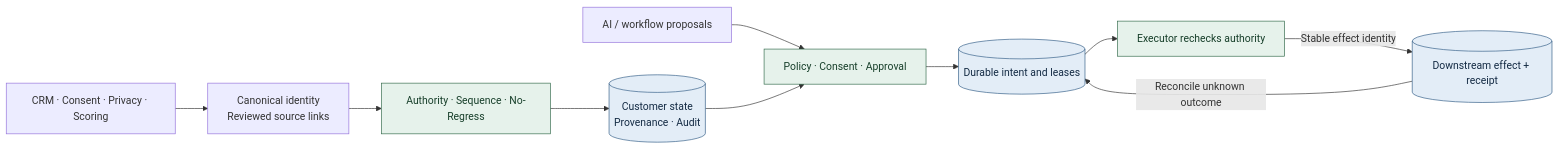
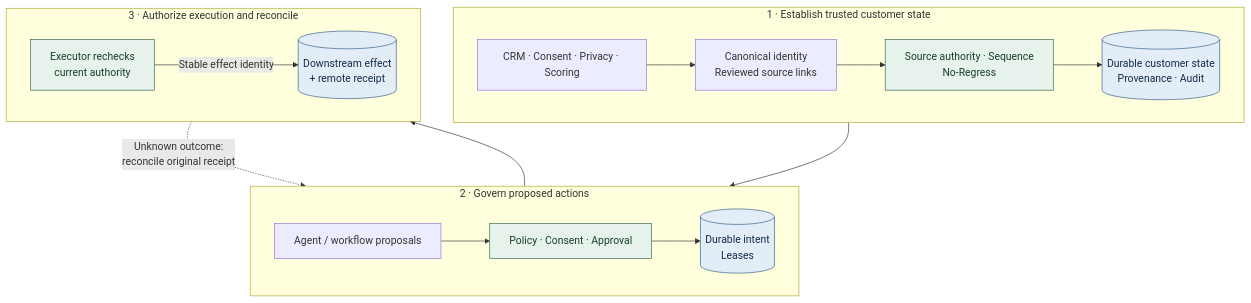
The diagram in docs/diagrams/01-control-plane.mmd (rlbsem/enterprise-martech-ai-control-plane), drawn with Mermaid before and after one commit. The commit also changed 1 other file, not shown here.

Commit message:
Restructure lead architecture into three readable tiers

```diff
--- a/docs/diagrams/01-control-plane.mmd
+++ b/docs/diagrams/01-control-plane.mmd
@@ -1,14 +1,23 @@
-flowchart LR
-  Sources["CRM · Consent · Privacy · Scoring"] --> Identity["Canonical identity<br/>Reviewed source links"]
-  Identity --> Truth["Authority · Sequence · No-Regress"]
-  Truth --> State[("Customer state<br/>Provenance · Audit")]
-  Agent["AI / workflow proposals"] --> Gate["Policy · Consent · Approval"]
+flowchart TB
+  subgraph TRUST["1 · Establish trusted customer state"]
+    direction LR
+    Sources["CRM · Consent · Privacy · Scoring"] --> Identity["Canonical identity<br/>Reviewed source links"]
+    Identity --> Truth["Source authority · Sequence<br/>No-Regress"]
+    Truth --> State[("Durable customer state<br/>Provenance · Audit")]
+  end
+  subgraph GOVERN["2 · Govern proposed actions"]
+    direction LR
+    Agent["Agent / workflow proposals"] --> Gate["Policy · Consent · Approval"]
+    Gate --> Work[("Durable intent<br/>Leases")]
+  end
+  subgraph EXEC["3 · Authorize execution and reconcile"]
+    direction LR
+    Worker["Executor rechecks<br/>current authority"] -->|"Stable effect identity"| Effects[("Downstream effect<br/>+ remote receipt")]
+  end
   State --> Gate
-  Gate --> Work[("Durable intent and leases")]
-  Work --> Worker["Executor rechecks authority"]
-  Worker -->|"Stable effect identity"| Effects[("Downstream effect + receipt")]
-  Effects -->|"Reconcile unknown outcome"| Work
+  Work --> Worker
+  Effects -.->|"Unknown outcome:<br/>reconcile original receipt"| Work
   classDef durable fill:#e3edf7,stroke:#315c86,color:#142b44
   classDef control fill:#e6f2eb,stroke:#306949,color:#173f2a
   class State,Work,Effects durable
   class Truth,Gate,Worker control
```
